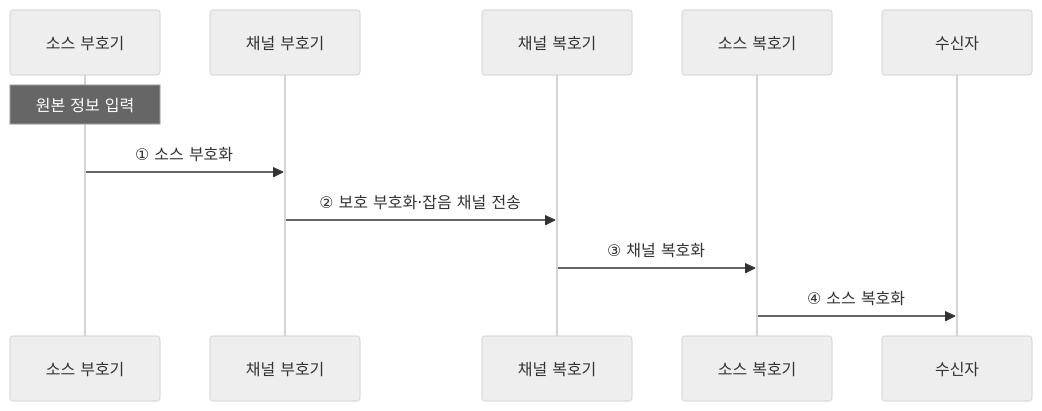
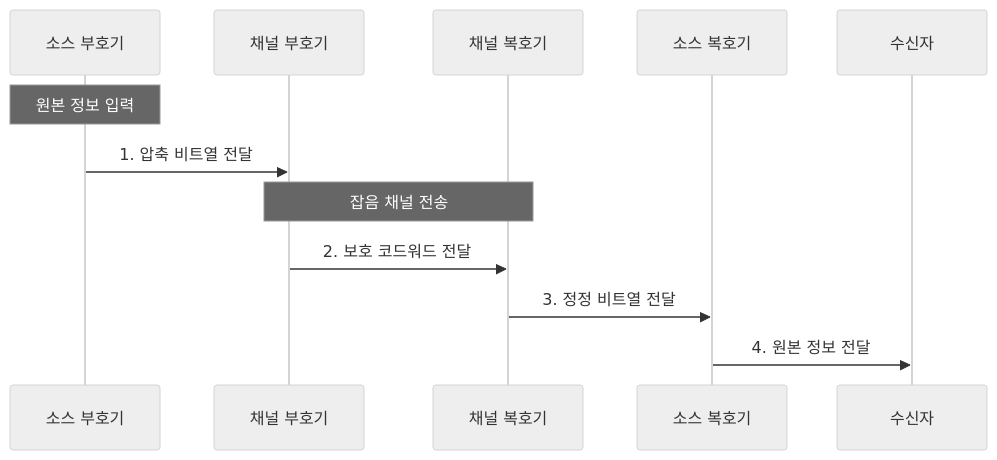
One commit to agnusdei1207/knowledge-base changed the second of 3 diagrams in src/content/docs/notes/01-basic-theory/030_source_vs_channel_coding.md. Above: the diagram before and after it, drawn with Mermaid (neutral theme). The commit also changed other lines of this file and 20 other files, not shown here.

````diff
--- a/src/content/docs/notes/01-basic-theory/030_source_vs_channel_coding.md
+++ b/src/content/docs/notes/01-basic-theory/030_source_vs_channel_coding.md
@@ -85,13 +86,14 @@
 ```mermaid
 sequenceDiagram
     participant SE as 소스 부호기
     participant CE as 채널 부호기
     participant CD as 채널 복호기
     participant SD as 소스 복호기
     participant R as 수신자
     Note over SE: 원본 정보 입력
-    SE->>CE: ① 소스 부호화
-    CE->>CD: ② 보호 부호화·잡음 채널 전송
-    CD->>SD: ③ 채널 복호화
-    SD->>R: ④ 소스 복호화
+    SE->>CE: 1. 압축 비트열 전달
+    Note over CE,CD: 잡음 채널 전송
+    CE->>CD: 2. 보호 코드워드 전달
+    CD->>SD: 3. 정정 비트열 전달
+    SD->>R: 4. 원본 정보 전달
 ```
````
